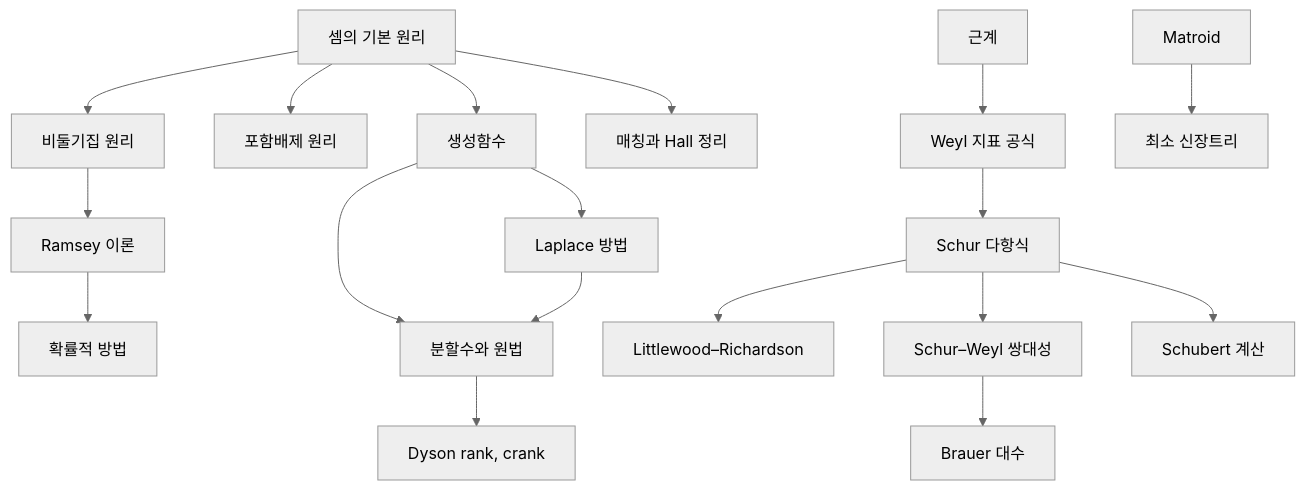
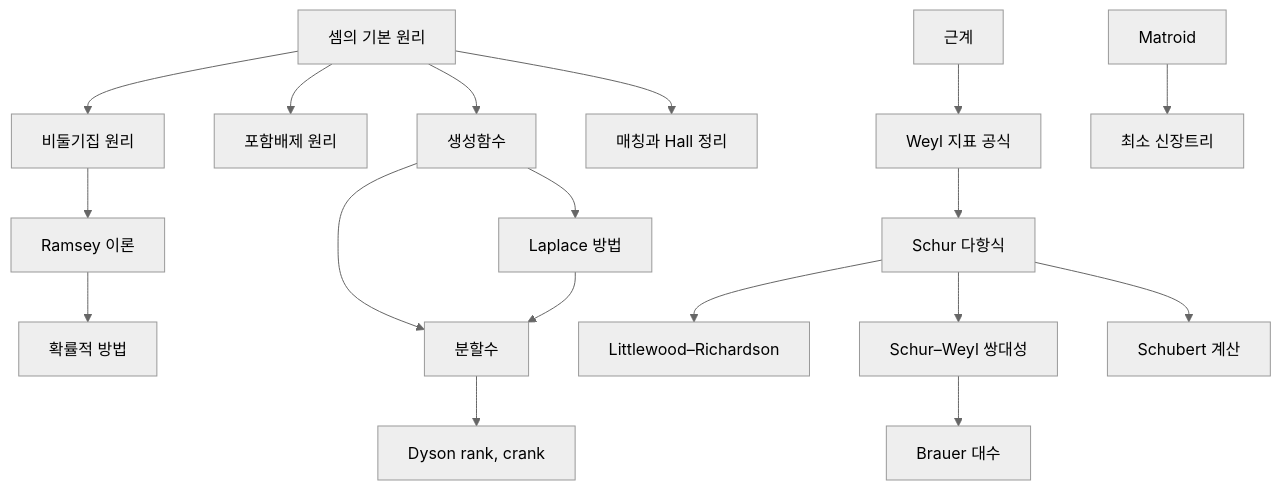
One commit to Phryxia/math-map changed the diagram in docs/combinatorics-overview.md. Above: the diagram before and after it, drawn with Mermaid (neutral theme). The commit also changed other lines of this file and 14 other files, not shown here.

````diff
--- a/docs/combinatorics-overview.md
+++ b/docs/combinatorics-overview.md
@@ -11,13 +11,13 @@
 ```mermaid
 graph TD
   CP["셈의 기본 원리"] --> PH["비둘기집 원리"] --> RM["Ramsey 이론"] --> PM["확률적 방법"]
   CP --> IE["포함배제 원리"]
-  CP --> GF["생성함수"] --> PT["분할수와 원법"] --> DR["Dyson rank, crank"]
+  CP --> GF["생성함수"] --> PT["분할수"] --> DR["Dyson rank, crank"]
   CP --> MT["매칭과 Hall 정리"]
   GF --> LM["Laplace 방법"] --> PT
   RS["근계"] --> WC["Weyl 지표 공식"] --> SP["Schur 다항식"]
   SP --> LR["Littlewood–Richardson"]
   SP --> SW["Schur–Weyl 쌍대성"] --> BA["Brauer 대수"]
   SP --> SC["Schubert 계산"]
   MD["Matroid"] --> MST["최소 신장트리"]
 ```
````
